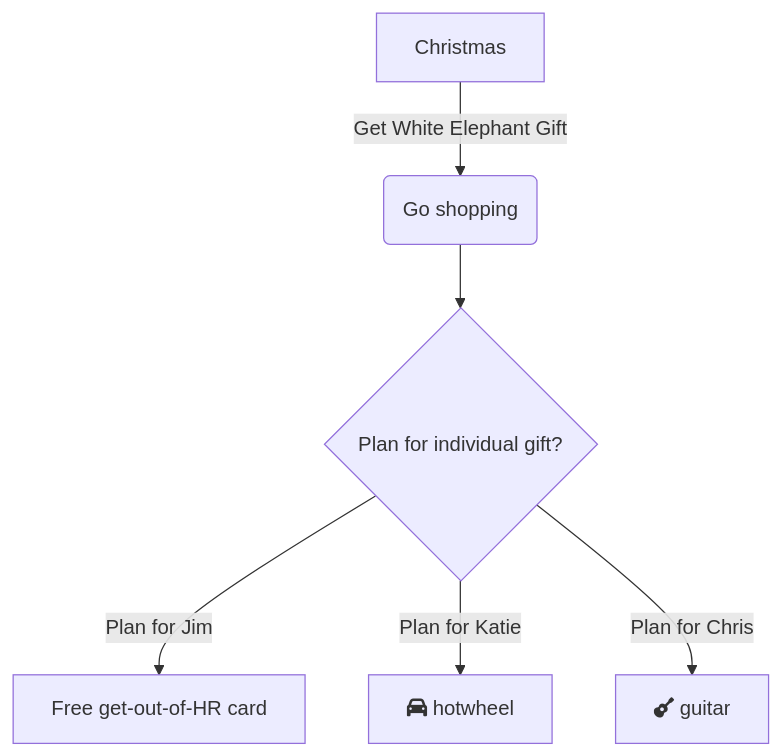
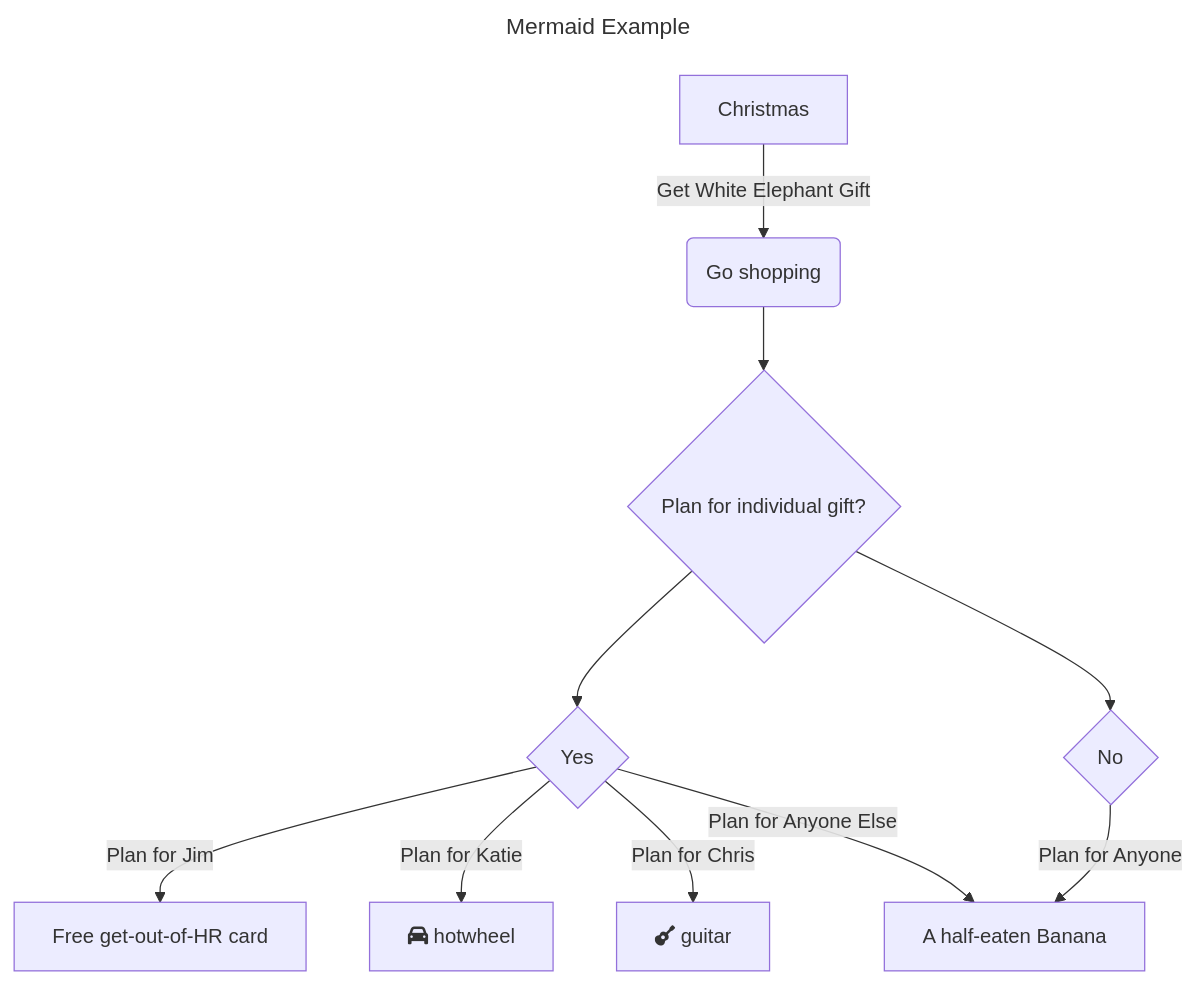
Before and after one commit to tzuleger/mermaid-markdown-example: the diagram in README.md, drawn with Mermaid. The commit also changed other lines of this file, not shown here.

````diff
--- a/README.md
+++ b/README.md
@@ -25,8 +34,15 @@
 ```mermaid
+---
+title: Mermaid Example
+---
 flowchart TD
     A[Christmas] -->|Get White Elephant Gift| B(Go shopping)
     B --> C{Plan for individual gift?}
-    C -->|Plan for Jim| D[Free get-out-of-HR card]
-    C -->|Plan for Katie| E[fa:fa-car hotwheel]
-    C -->|Plan for Chris| F[fa:fa-guitar guitar]
+    C --> D{Yes}
+    C --> H{No}
+    D -->|Plan for Jim| E[Free get-out-of-HR card]
+    D -->|Plan for Katie| F[fa:fa-car hotwheel]
+    D -->|Plan for Chris| G[fa:fa-guitar guitar]
+    D -->|Plan for Anyone Else| I
+    H -->|Plan for Anyone| I[A half-eaten Banana]
 ```
````
